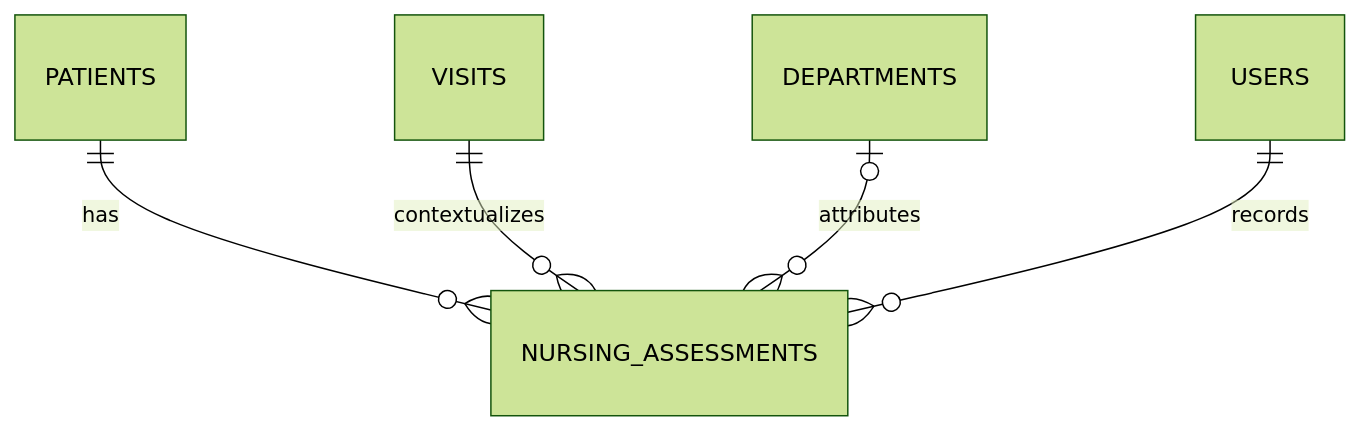
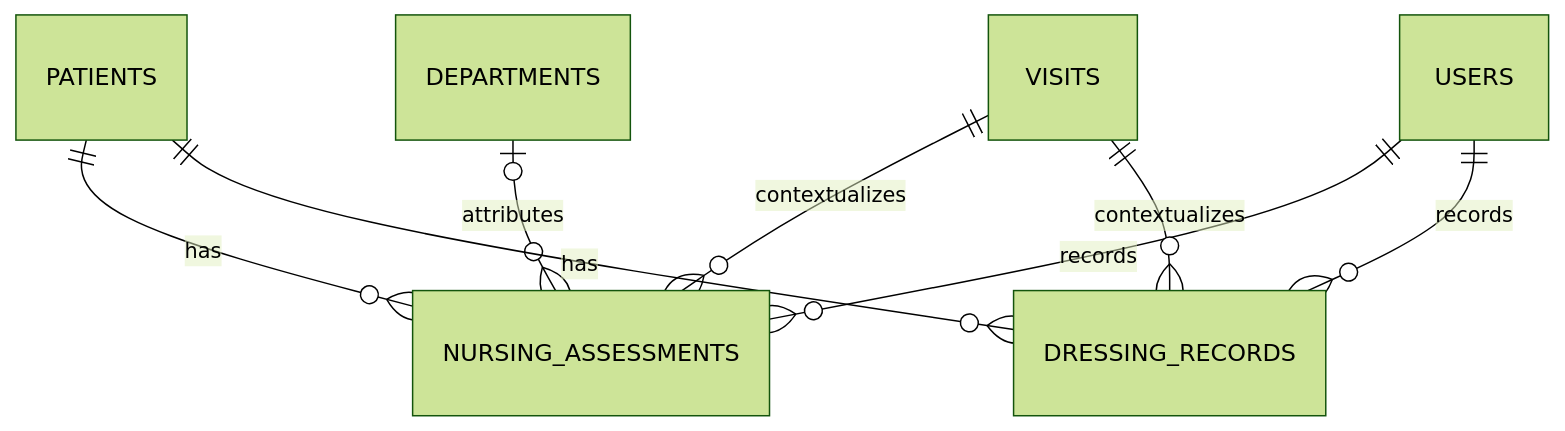
One commit to Wallem-1089/Zimran changed diagram 14 of 18 in DATABASE_RELATIONSHIPS.md. Above: the diagram before and after it, drawn with Mermaid (forest theme). The commit also changed other lines of this file and 27 other files, not shown here.

````diff
--- a/DATABASE_RELATIONSHIPS.md
+++ b/DATABASE_RELATIONSHIPS.md
@@ -866,7 +870,10 @@
 ```mermaid
 erDiagram
     PATIENTS ||--o{ NURSING_ASSESSMENTS : has
     VISITS ||--o{ NURSING_ASSESSMENTS : contextualizes
     DEPARTMENTS o|--o{ NURSING_ASSESSMENTS : attributes
     USERS ||--o{ NURSING_ASSESSMENTS : records
+    PATIENTS ||--o{ DRESSING_RECORDS : has
+    VISITS ||--o{ DRESSING_RECORDS : contextualizes
+    USERS ||--o{ DRESSING_RECORDS : records
 ```
````
